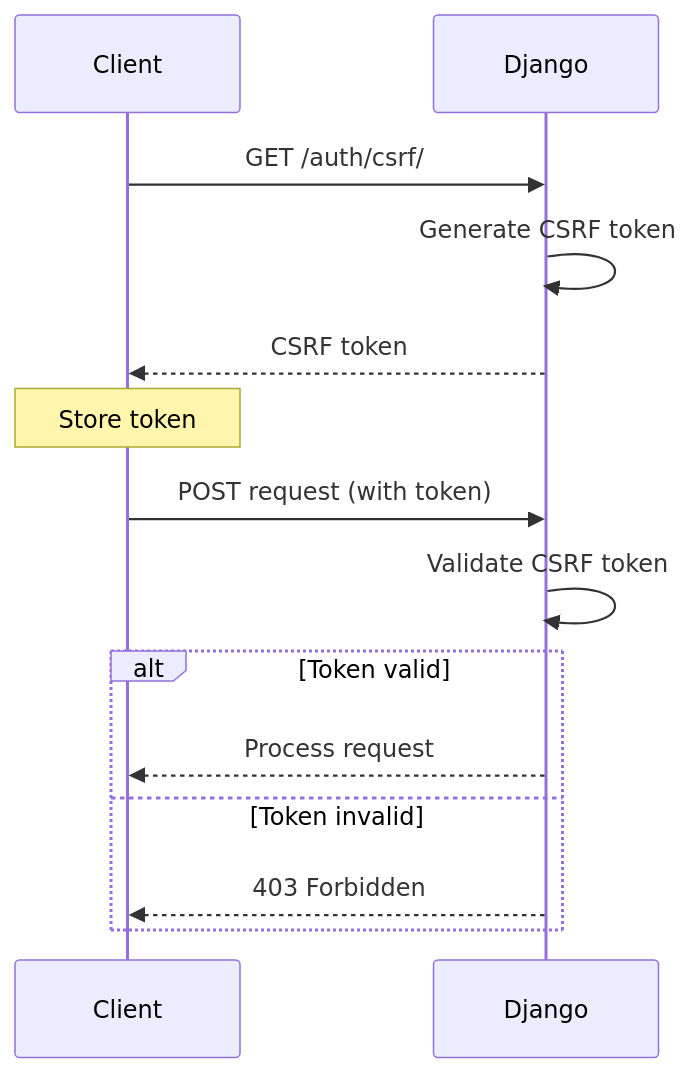
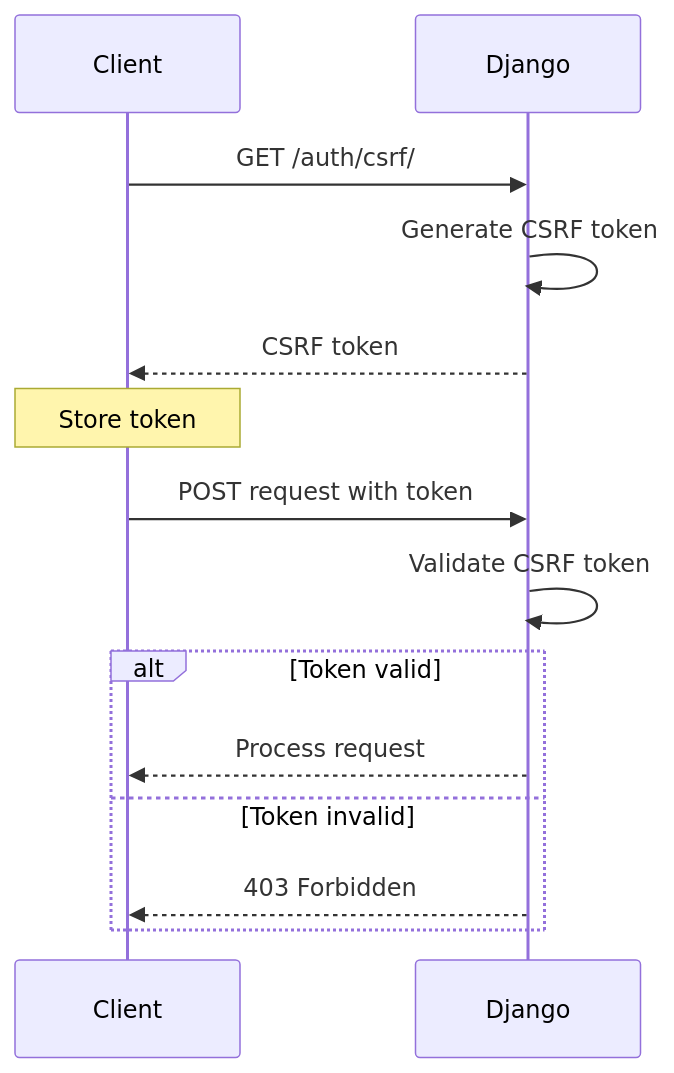
One commit to iam4sec/devops_todo_app changed the fourth of 6 diagrams in ARCHITECTURE.md. Above: the diagram before and after it, drawn with Mermaid. The commit also changed other lines of this file, not shown here.

Commit message:
Refactor architecture documentation for clarity; simplify component labels and enhance security layer descriptions.

````diff
--- a/ARCHITECTURE.md
+++ b/ARCHITECTURE.md
@@ -190,19 +190,19 @@
 ```mermaid
 sequenceDiagram
     participant C as Client
     participant D as Django
     
     C->>D: GET /auth/csrf/
     D->>D: Generate CSRF token
     D-->>C: CSRF token
     
     Note over C: Store token
     
-    C->>D: POST request (with token)
+    C->>D: POST request with token
     D->>D: Validate CSRF token
     alt Token valid
         D-->>C: Process request
     else Token invalid
         D-->>C: 403 Forbidden
     end
 ```
````
